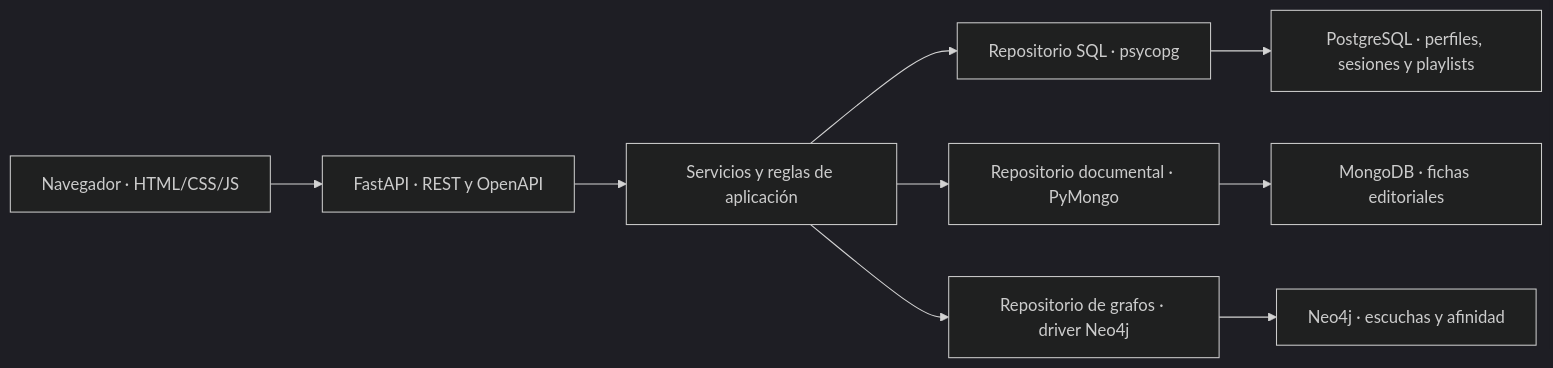
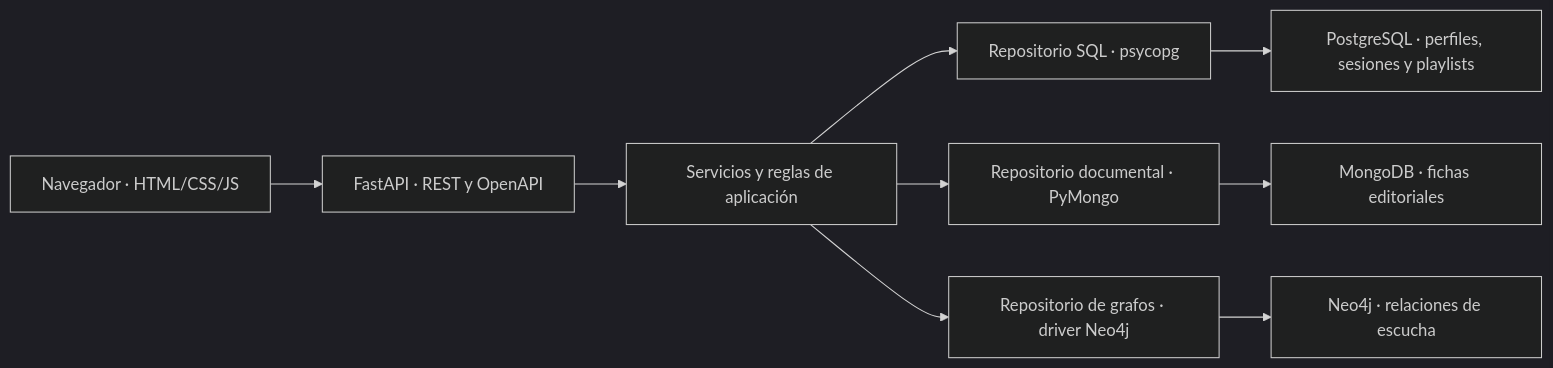
The first of 2 diagrams in docs/arquitectura.md (ArturoYJ/soundgraph), drawn with Mermaid (dark theme) before and after one commit. The commit also changed other lines of this file and 8 other files, not shown here.

````diff
--- a/docs/arquitectura.md
+++ b/docs/arquitectura.md
@@ -5,11 +5,11 @@
 ```mermaid
 flowchart LR
     UI["Navegador · HTML/CSS/JS"] --> API["FastAPI · REST y OpenAPI"]
     API --> S["Servicios y reglas de aplicación"]
     S --> P["Repositorio SQL · psycopg"]
     S --> M["Repositorio documental · PyMongo"]
     S --> G["Repositorio de grafos · driver Neo4j"]
     P --> PG["PostgreSQL · perfiles, sesiones y playlists"]
     M --> MG["MongoDB · fichas editoriales"]
-    G --> NG["Neo4j · escuchas y afinidad"]
+    G --> NG["Neo4j · relaciones de escucha"]
 ```
````
